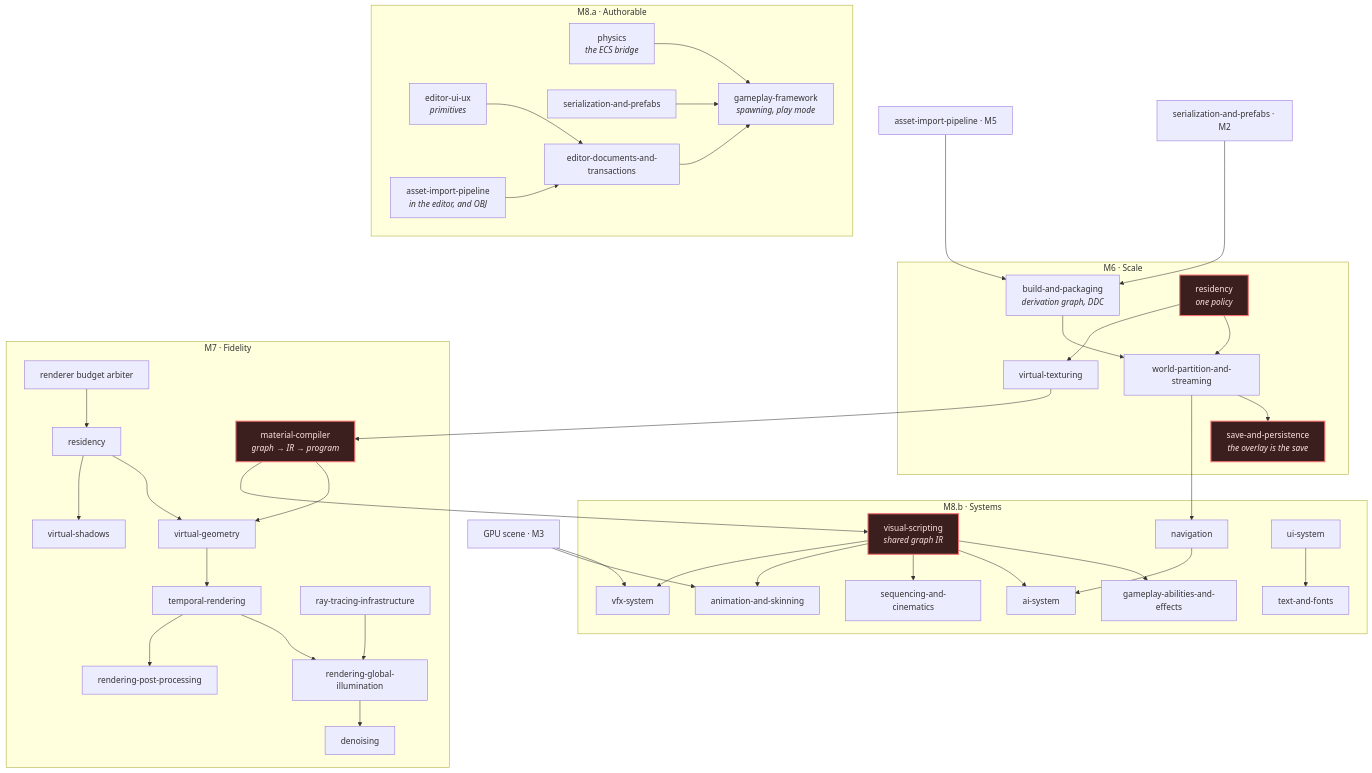
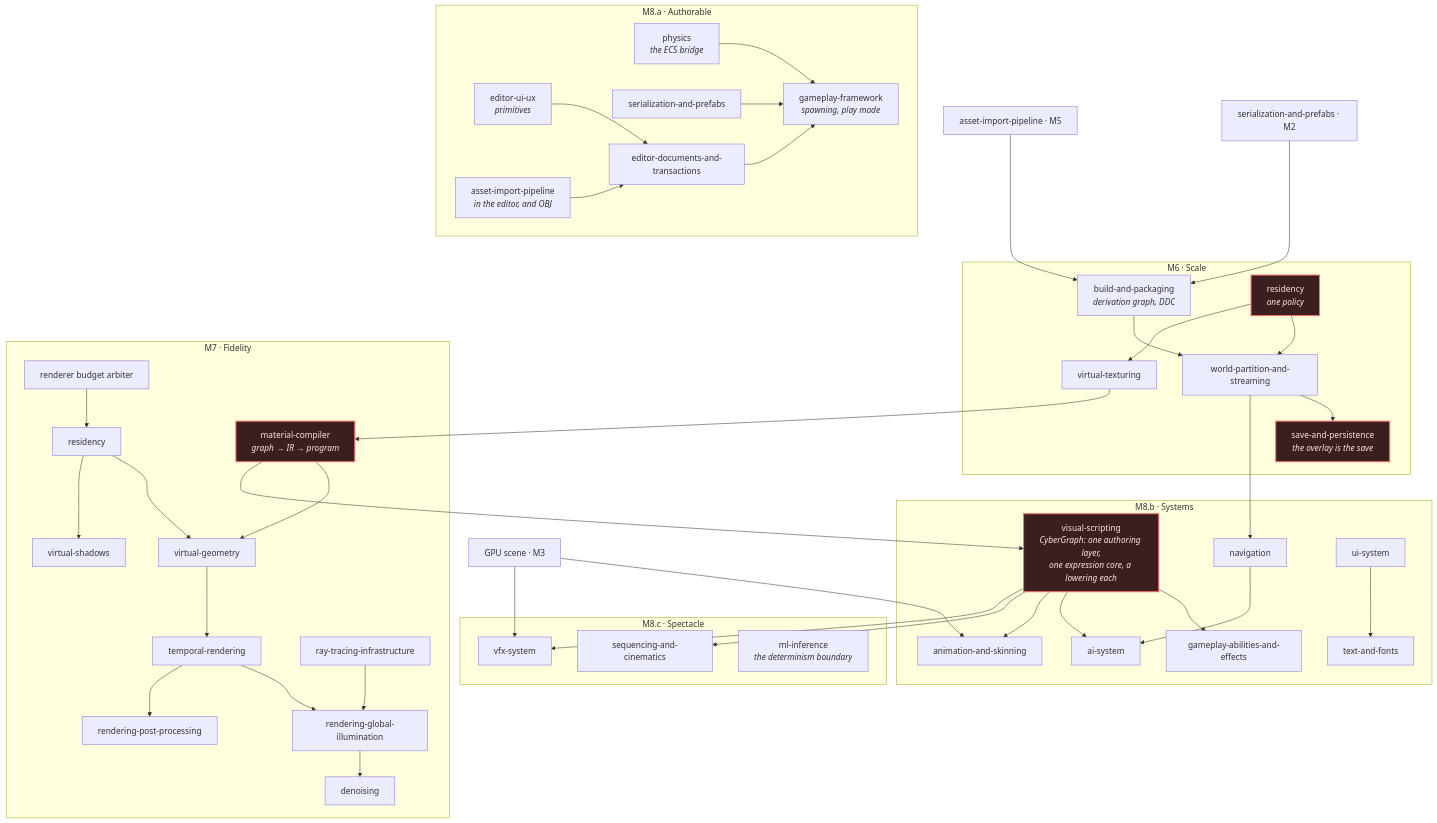
Before and after one commit to CyberdyneCorp/CyberdyneEngine: the third of 4 diagrams in docs/roadmap/dependencies.md, drawn with Mermaid. The commit also changed other lines of this file and 9 other files, not shown here.

````diff
--- a/docs/roadmap/dependencies.md
+++ b/docs/roadmap/dependencies.md
@@ -126,51 +126,57 @@
 ```mermaid
 flowchart TB
     subgraph M6["M6 · Scale"]
         BP["build-and-packaging<br/><i>derivation graph, DDC</i>"] --> WP["world-partition-and-streaming"]
         RES["residency<br/><i>one policy</i>"] --> WP
         RES --> VT["virtual-texturing"]
         WP --> SAVE["save-and-persistence<br/><i>the overlay is the save</i>"]
     end
 
     subgraph M7["M7 · Fidelity"]
         MC["material-compiler<br/><i>graph → IR → program</i>"] --> VG["virtual-geometry"]
         RES2["residency"] --> VG
         RES2 --> VSM["virtual-shadows"]
         VG --> TEMP["temporal-rendering"]
         TEMP --> GI["rendering-global-illumination"]
         GI --> DN["denoising"]
         RT["ray-tracing-infrastructure"] --> GI
         TEMP --> POST["rendering-post-processing"]
         ARB["renderer budget arbiter"]
     end
 
     subgraph M8A["M8.a · Authorable"]
         PRIM["editor-ui-ux<br/><i>primitives</i>"] --> AUTH["editor-documents-and-transactions"]
         IMPED["asset-import-pipeline<br/><i>in the editor, and OBJ</i>"] --> AUTH
         PHYSB["physics<br/><i>the ECS bridge</i>"] --> PLAY["gameplay-framework<br/><i>spawning, play mode</i>"]
         SERC["serialization-and-prefabs"] --> PLAY
         AUTH --> PLAY
     end
 
     subgraph M8B["M8.b · Systems"]
-        VS["visual-scripting<br/><i>shared graph IR</i>"] --> ABIL["gameplay-abilities-and-effects"]
+        VS["visual-scripting<br/><i>CyberGraph: one authoring layer,<br/>one expression core, a lowering each</i>"] --> ABIL["gameplay-abilities-and-effects"]
         VS --> AI["ai-system"]
-        VS --> SEQ["sequencing-and-cinematics"]
         VS --> ANIM["animation-and-skinning"]
-        VS --> VFX["vfx-system"]
         NAV["navigation"] --> AI
         UI["ui-system"] --> TXT["text-and-fonts"]
     end
+
+    subgraph M8C["M8.c · Spectacle"]
+        SEQ["sequencing-and-cinematics"]
+        VFX["vfx-system"]
+        ML["ml-inference<br/><i>the determinism boundary</i>"]
+    end
+    VS --> SEQ
+    VS --> VFX
 
     SER2["serialization-and-prefabs · M2"] --> BP
     IMP2["asset-import-pipeline · M5"] --> BP
     VT --> MC
     MC --> VS
     WP --> NAV
     ARB --> RES2
     GS["GPU scene · M3"] --> VFX
     GS --> ANIM
 
     classDef inv fill:#3b1f1f,stroke:#f87171,stroke-width:2px,color:#fee2e2
     class RES,MC,VS,SAVE inv
 ```
````
